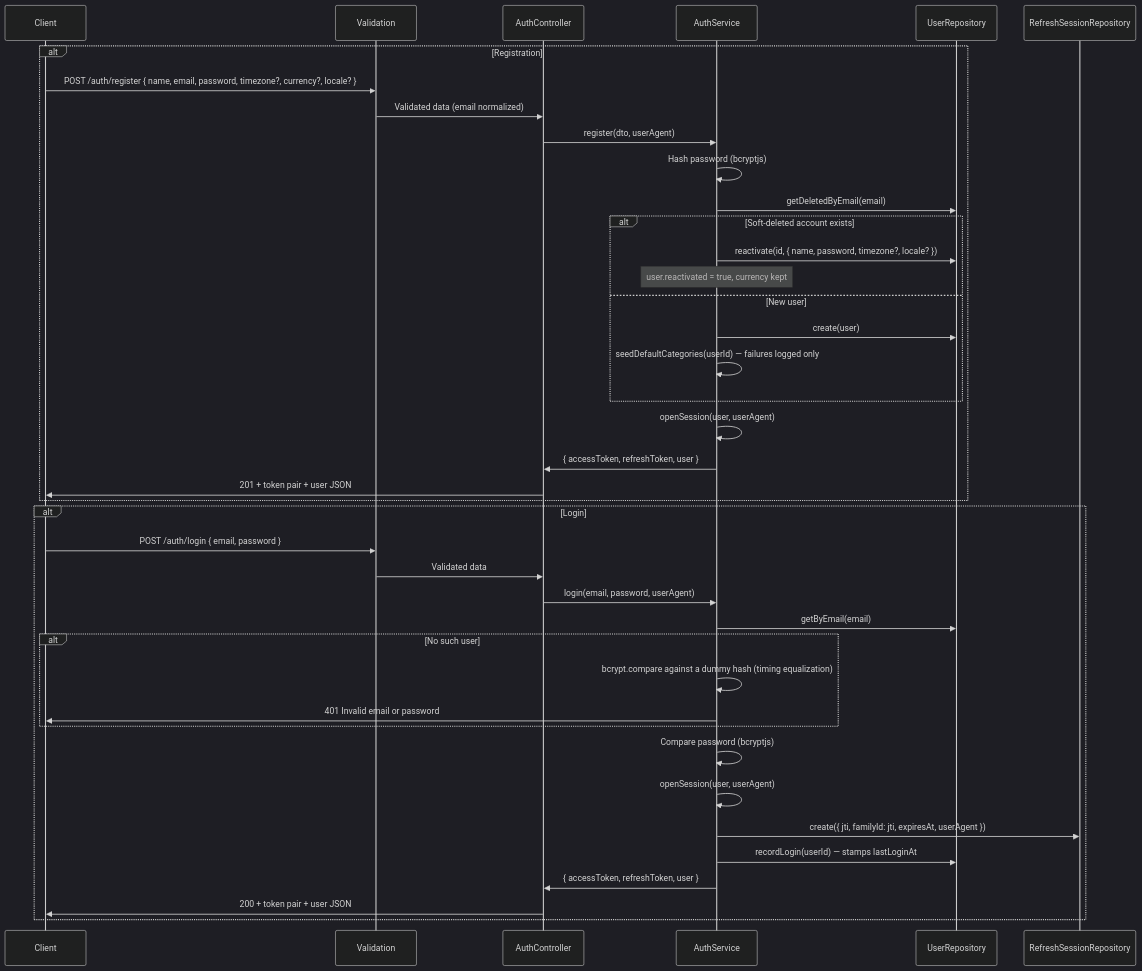
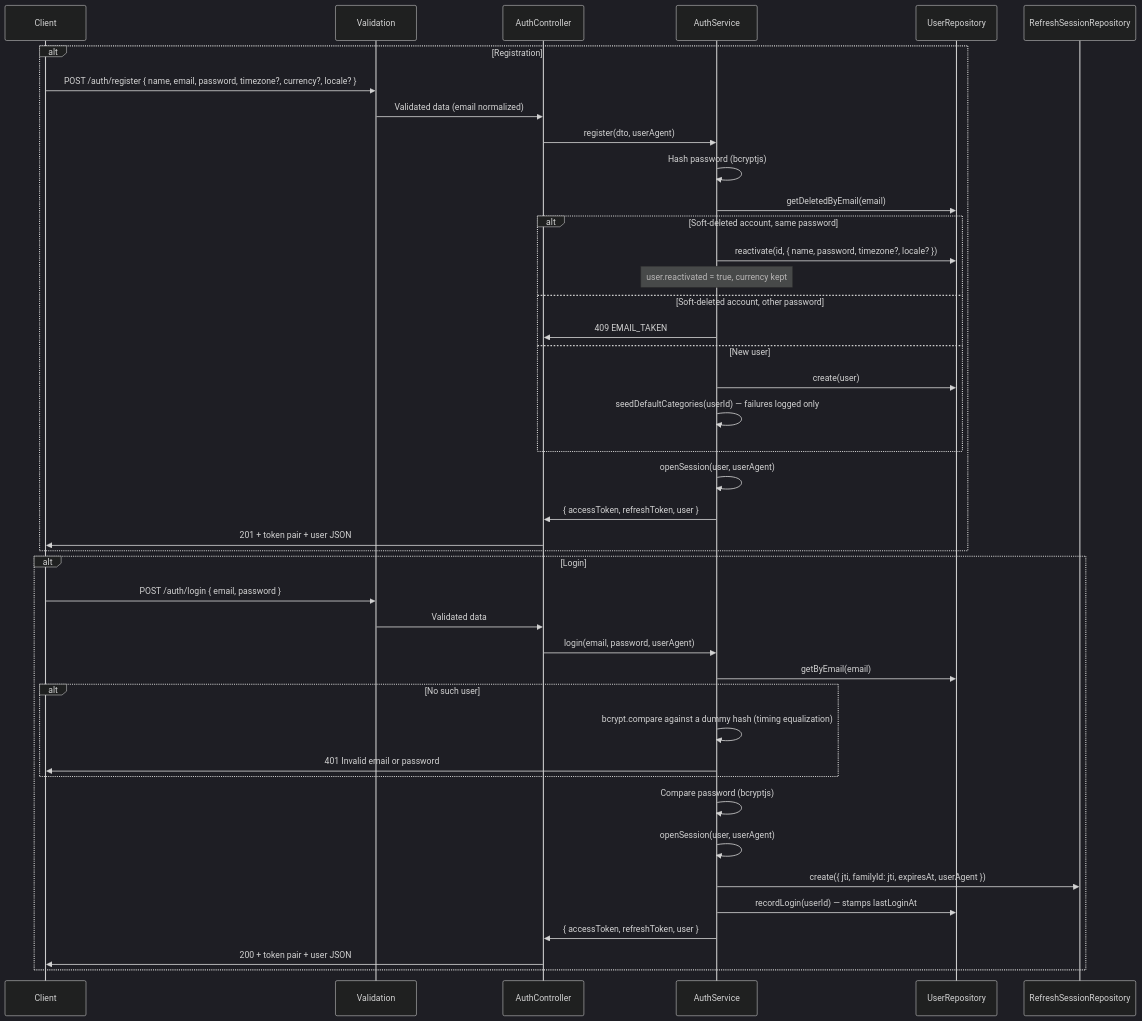
Before and after one commit to alex16jpv/lag-money-manager: the first of 2 diagrams in docs/modules/auth.md, drawn with Mermaid (dark theme). The commit also changed other lines of this file and 34 other files, not shown here.

````diff
--- a/docs/modules/auth.md
+++ b/docs/modules/auth.md
@@ -197,44 +197,46 @@
 ```mermaid
 sequenceDiagram
     participant C as Client
     participant V as Validation
     participant CTRL as AuthController
     participant SVC as AuthService
     participant REPO as UserRepository
     participant SESS as RefreshSessionRepository
 
     alt Registration
         C->>V: POST /auth/register { name, email, password, timezone?, currency?, locale? }
         V->>CTRL: Validated data (email normalized)
         CTRL->>SVC: register(dto, userAgent)
         SVC->>SVC: Hash password (bcryptjs)
         SVC->>REPO: getDeletedByEmail(email)
-        alt Soft-deleted account exists
+        alt Soft-deleted account, same password
             SVC->>REPO: reactivate(id, { name, password, timezone?, locale? })
             Note over SVC: user.reactivated = true, currency kept
+        else Soft-deleted account, other password
+            SVC->>CTRL: 409 EMAIL_TAKEN
         else New user
             SVC->>REPO: create(user)
             SVC->>SVC: seedDefaultCategories(userId) — failures logged only
         end
         SVC->>SVC: openSession(user, userAgent)
         SVC->>CTRL: { accessToken, refreshToken, user }
         CTRL->>C: 201 + token pair + user JSON
     end
 
     alt Login
         C->>V: POST /auth/login { email, password }
         V->>CTRL: Validated data
         CTRL->>SVC: login(email, password, userAgent)
         SVC->>REPO: getByEmail(email)
         alt No such user
             SVC->>SVC: bcrypt.compare against a dummy hash (timing equalization)
             SVC->>C: 401 Invalid email or password
         end
         SVC->>SVC: Compare password (bcryptjs)
         SVC->>SVC: openSession(user, userAgent)
         SVC->>SESS: create({ jti, familyId: jti, expiresAt, userAgent })
         SVC->>REPO: recordLogin(userId) — stamps lastLoginAt
         SVC->>CTRL: { accessToken, refreshToken, user }
         CTRL->>C: 200 + token pair + user JSON
     end
 ```
````
